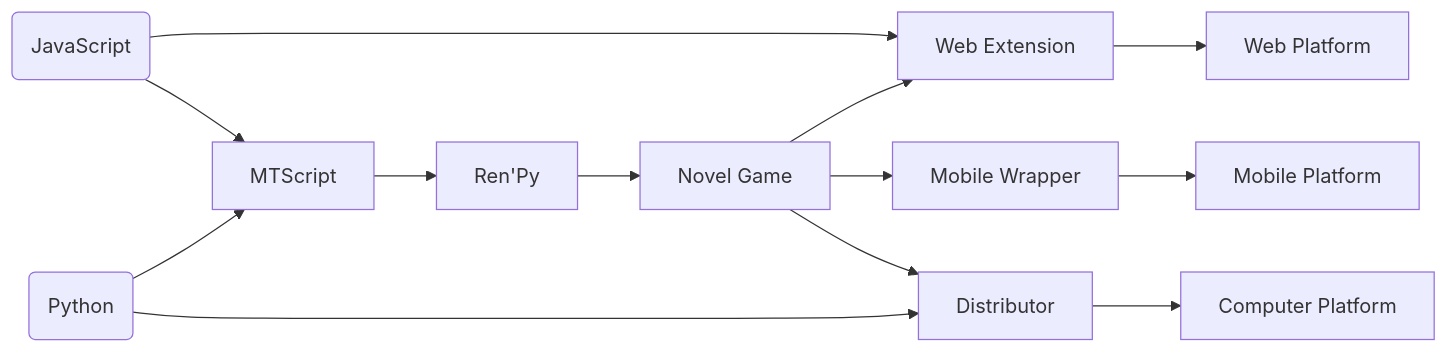
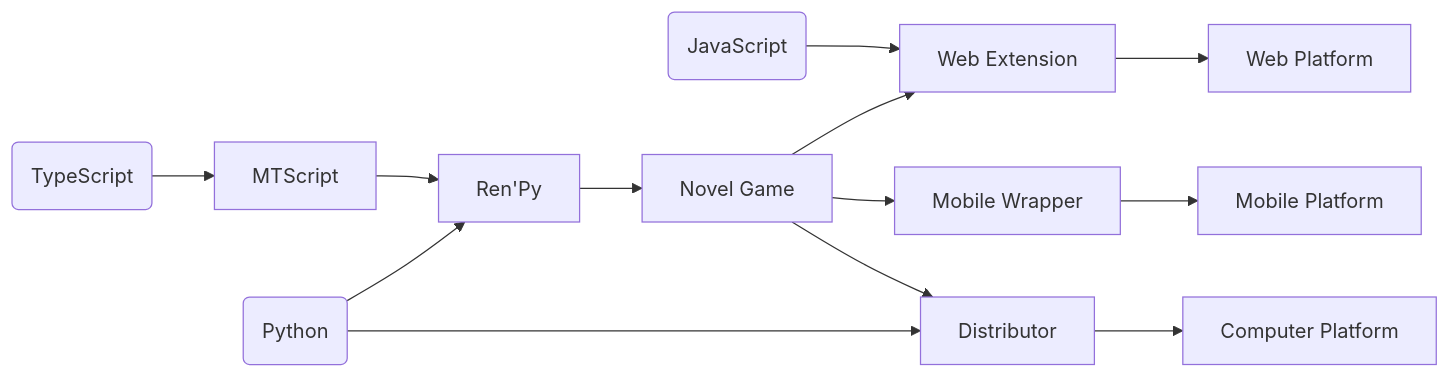
Before and after one commit to mttldev/.github: the second of 2 diagrams in profile/README.md, drawn with Mermaid. The commit also changed other lines of this file, not shown here.

````diff
--- a/profile/README.md
+++ b/profile/README.md
@@ -16,15 +16,15 @@
 ```mermaid
 graph LR
-    js("JavaScript") --> mtsc["MTScript"]
-    py("Python") --> mtsc
+    ts("TypeScript") --> mtsc["MTScript"]
     mtsc --> rpy["Ren'Py"]
+    py("Python") --> rpy
     rpy --> app["Novel Game"]
-    js --> we["Web Extension"]
+    js("JavaScript") --> we["Web Extension"]
     app --> we
     we --> wp["Web Platform"]
     app --> mw["Mobile Wrapper"]
     mw --> mp["Mobile Platform"]
     app --> ds["Distributor"]
     py --> ds
     ds --> cp["Computer Platform"]
 ```
````
